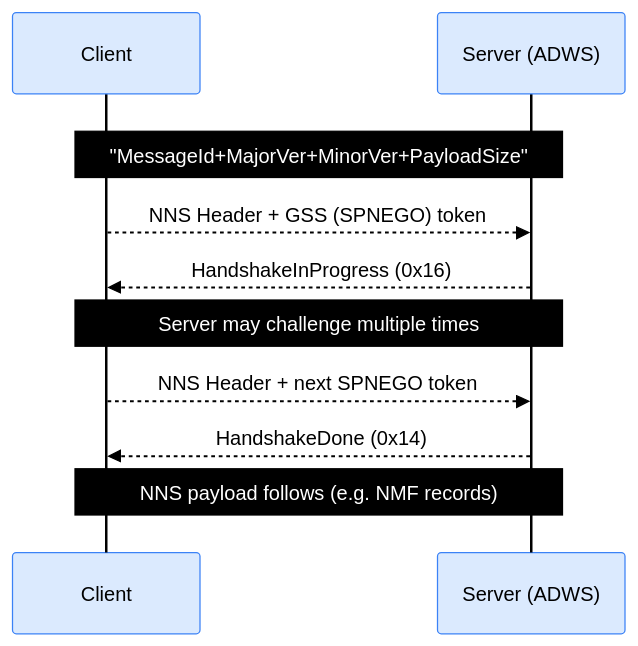
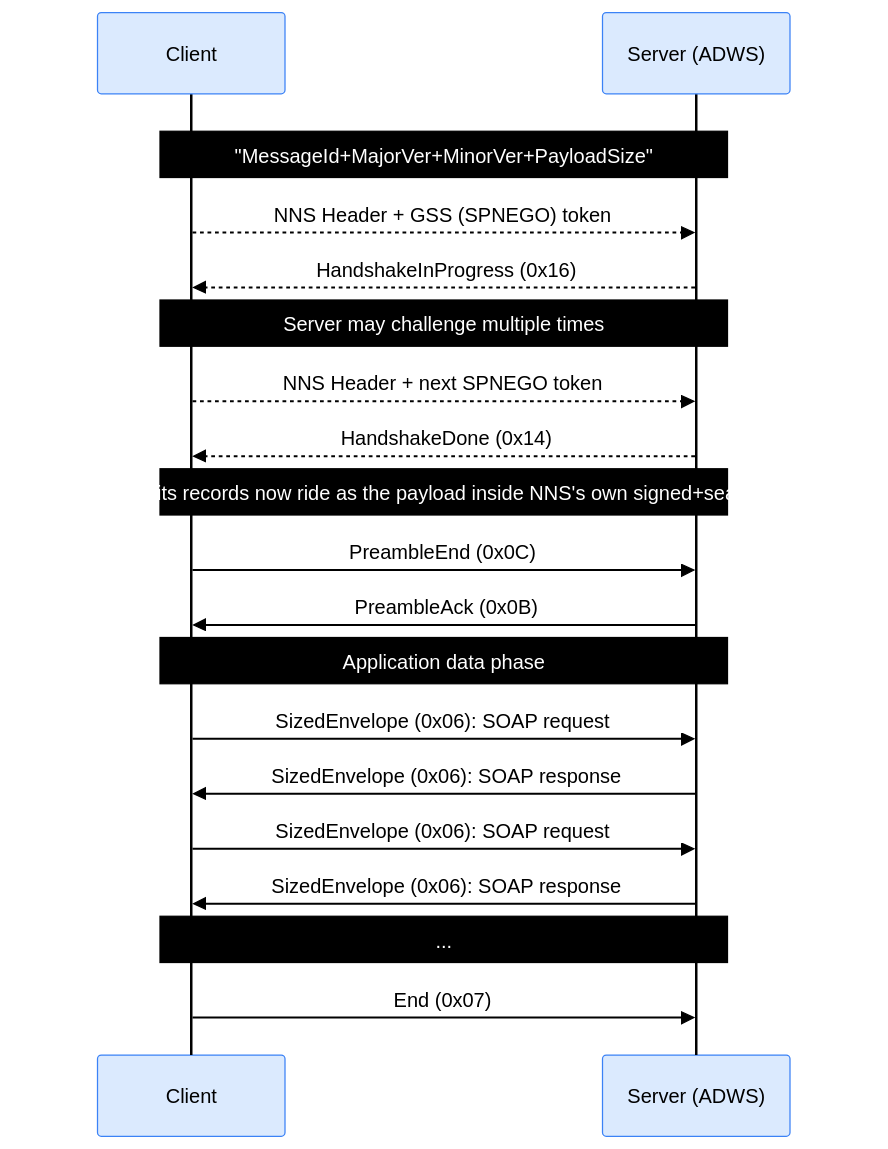
One commit to Macmod/ginpacket-wiki changed the fourth of 4 diagrams in articles/adws-the-soap-bridge.md. Above: the diagram before and after it, drawn with Mermaid. The commit also changed other lines of this file, not shown here.

````diff
--- a/articles/adws-the-soap-bridge.md
+++ b/articles/adws-the-soap-bridge.md
@@ -550,30 +534,41 @@
 ```mermaid
 %%{init: {'theme': 'base', 'themeVariables': {
   'actorBkg': '#dbeafe',
   'actorBorder': '#3b82f6',
   'actorTextColor': '#000000',
   'actorLineColor': '#000000',
   'signalColor': '#000000',
   'signalTextColor': '#000000',
   'labelBoxBkgColor': '#dbeafe',
   'labelBoxBorderColor': '#3b82f6',
   'labelTextColor': '#000000',
   'loopTextColor': '#000000',
   'noteBkgColor': '#000000',
   'noteBorderColor': '#000000',
   'noteTextColor': '#ffffff'
 }}}%%
 sequenceDiagram
     participant C as Client
     participant S as Server (ADWS)
 
     rect rgb(255, 255, 255)
     Note over C,S: "MessageId+MajorVer+MinorVer+PayloadSize"
     C-->>S: NNS Header + GSS (SPNEGO) token
     S-->>C: HandshakeInProgress (0x16)
     Note over C,S: Server may challenge multiple times
     C-->>S: NNS Header + next SPNEGO token
     S-->>C: HandshakeDone (0x14)
-    Note over C,S: NNS payload follows (e.g. NMF records)
+
+    Note over C,S: NMF resumes - its records now ride as the payload inside NNS's own signed+sealed data frames
+    C->>S: PreambleEnd (0x0C)
+    S->>C: PreambleAck (0x0B)
+
+    Note over C,S: Application data phase
+    C->>S: SizedEnvelope (0x06): SOAP request
+    S->>C: SizedEnvelope (0x06): SOAP response
+    C->>S: SizedEnvelope (0x06): SOAP request
+    S->>C: SizedEnvelope (0x06): SOAP response
+    Note over C,S: ...
+    C->>S: End (0x07)
     end
 ```
````
